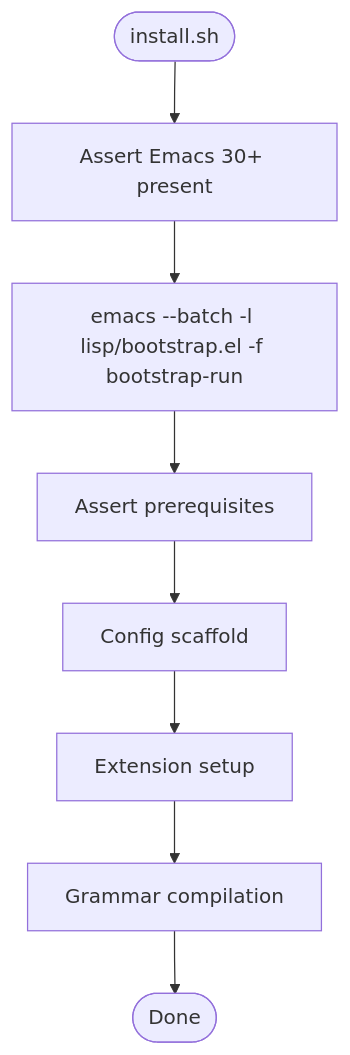
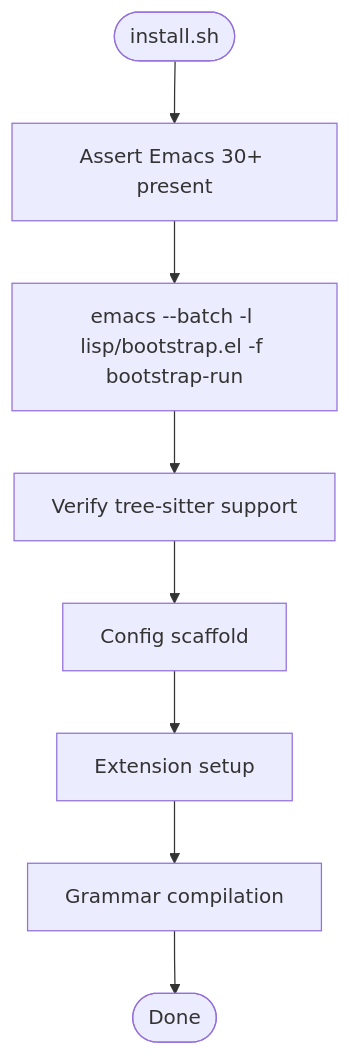
The first of 2 diagrams in docs/headless-tooling-spec.md (sagelattice/ctrl), drawn with Mermaid before and after one commit. The commit also changed other lines of this file and 5 other files, not shown here.

First line of the commit message:
Remove bootstrap--verify-prerequisites; fix doc-check lock file handling

````diff
--- a/docs/headless-tooling-spec.md
+++ b/docs/headless-tooling-spec.md
@@ -56,10 +55,10 @@
 ```mermaid
 flowchart TD
     A([install.sh]) --> B[Assert Emacs 30+ present]
     B --> C["emacs --batch -l lisp/bootstrap.el -f bootstrap-run"]
-    C --> D[Assert prerequisites]
+    C --> D[Verify tree-sitter support]
     D --> E[Config scaffold]
     E --> F[Extension setup]
     F --> G[Grammar compilation]
     G --> H([Done])
 ```
````
